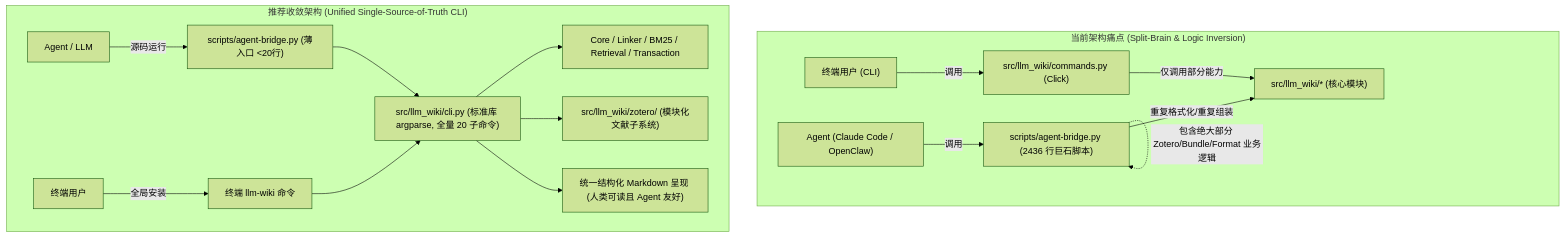
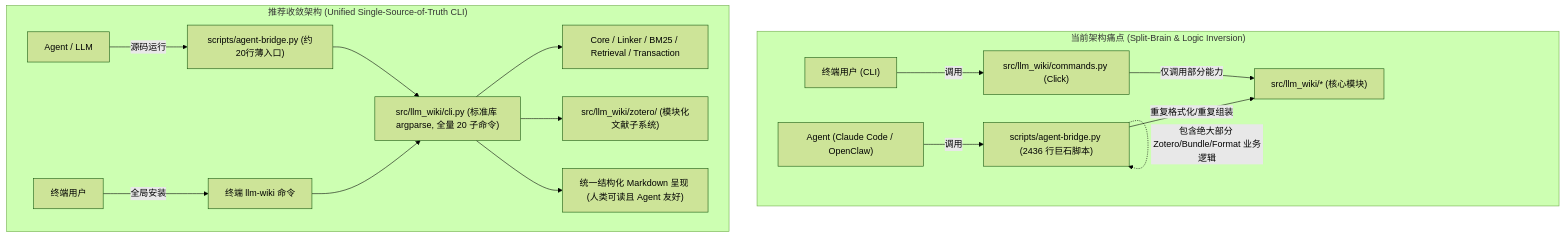
Before and after one commit to Nemo4110/llm-wiki: the first of 3 diagrams in docs/SKILL_ARCHITECTURE_AND_PERFORMANCE_EVALUATION.md, drawn with Mermaid (forest theme). The commit also changed other lines of this file and 62 other files, not shown here.

First line of the commit message:
fix: harden unified CLI architecture

````diff
--- a/docs/SKILL_ARCHITECTURE_AND_PERFORMANCE_EVALUATION.md
+++ b/docs/SKILL_ARCHITECTURE_AND_PERFORMANCE_EVALUATION.md
@@ -22,20 +22,20 @@
 ```mermaid
 graph TD
     subgraph "当前架构痛点 (Split-Brain & Logic Inversion)"
         Agent["Agent (Claude Code / OpenClaw)"] -->|调用| AgentBridge["scripts/agent-bridge.py (2436 行巨石脚本)"]
         User["终端用户 (CLI)"] -->|调用| ClickCLI["src/llm_wiki/commands.py (Click)"]
         AgentBridge -->|重复格式化/重复组装| CoreModules["src/llm_wiki/* (核心模块)"]
         ClickCLI -->|仅调用部分能力| CoreModules
         AgentBridge -.->|包含绝大部分 Zotero/Bundle/Format 业务逻辑| AgentBridge
     end
 
     subgraph "推荐收敛架构 (Unified Single-Source-of-Truth CLI)"
-        Agent2["Agent / LLM"] -->|源码运行| BridgeEntryPoint["scripts/agent-bridge.py (薄入口 <20行)"]
+        Agent2["Agent / LLM"] -->|源码运行| BridgeEntryPoint["scripts/agent-bridge.py (约20行薄入口)"]
         User2["终端用户"] -->|全局安装| MainCLI["终端 llm-wiki 命令"]
         BridgeEntryPoint --> UnifiedCLI["src/llm_wiki/cli.py (标准库 argparse, 全量 20 子命令)"]
         MainCLI --> UnifiedCLI
         UnifiedCLI --> CoreEngines["Core / Linker / BM25 / Retrieval / Transaction"]
         UnifiedCLI --> ZoteroSubsystem["src/llm_wiki/zotero/ (模块化文献子系统)"]
         UnifiedCLI --> MarkdownFormatter["统一结构化 Markdown 呈现 (人类可读且 Agent 友好)"]
     end
 ```
````
